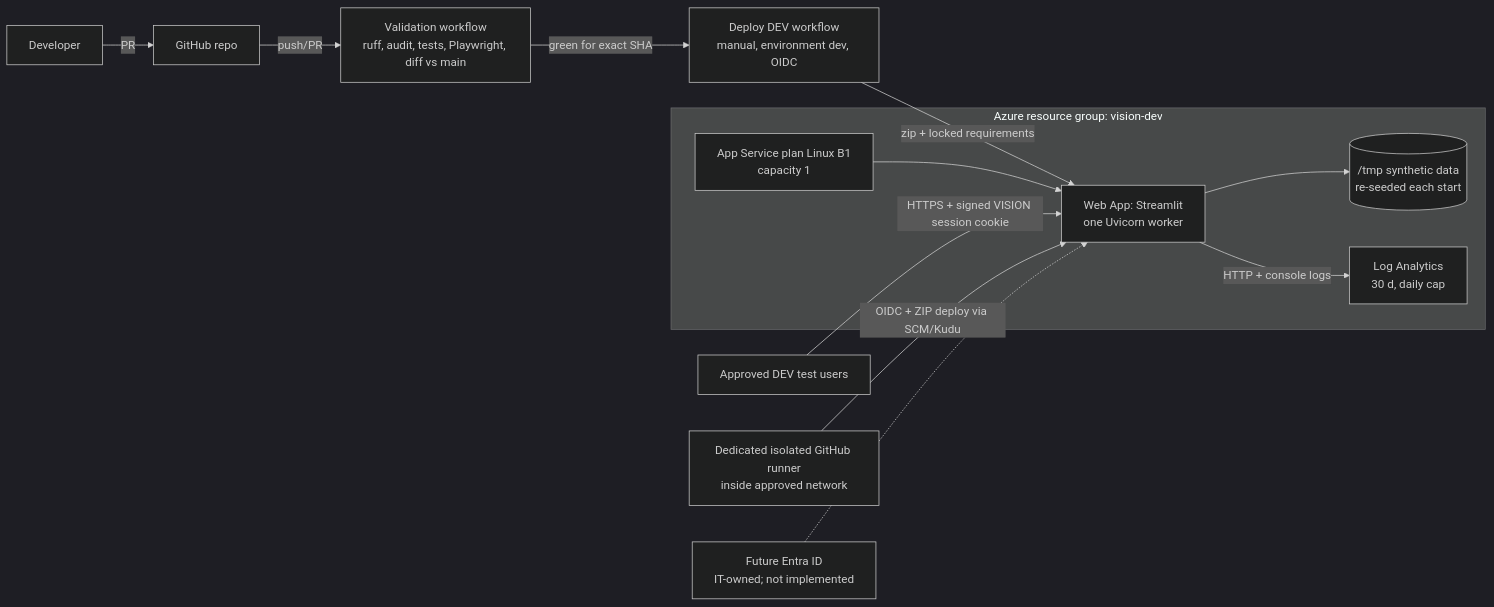
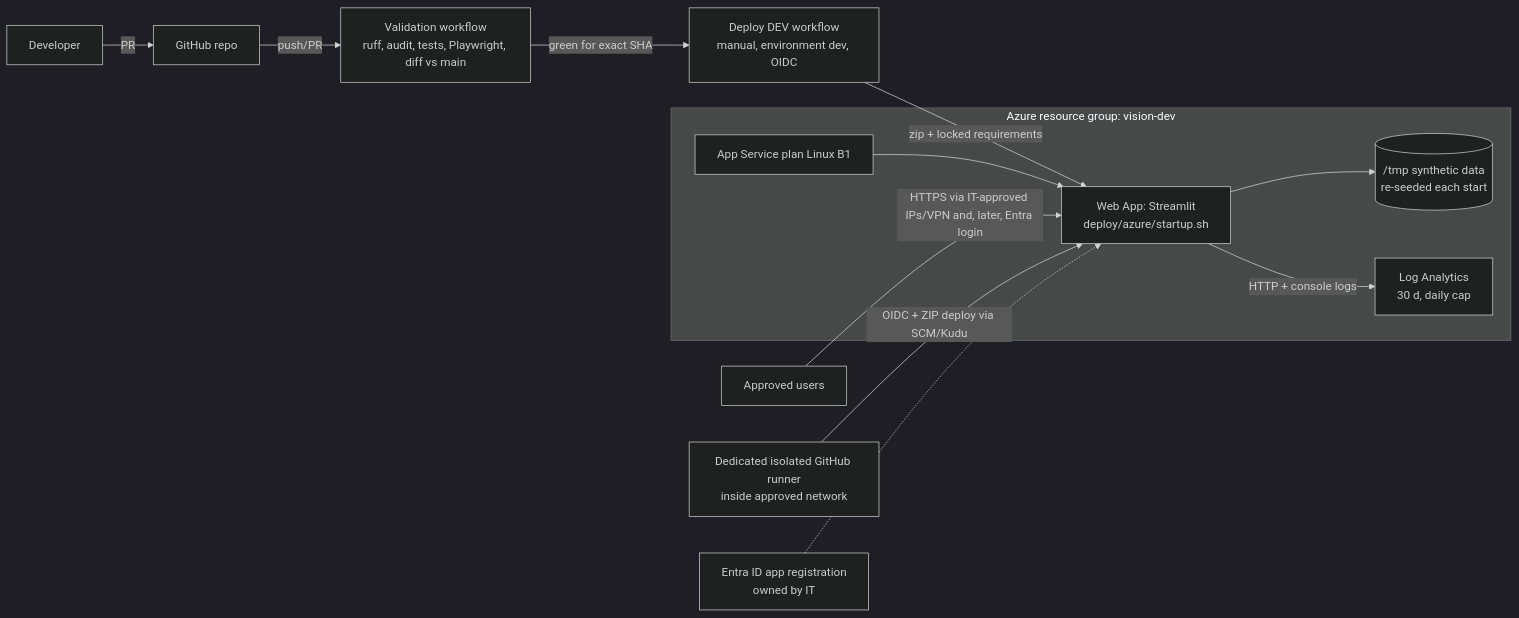
One commit to MarianoStill/VISION changed the diagram in docs/azure_dev_deployment.md. Above: the diagram before and after it, drawn with Mermaid (dark theme). The commit also changed other lines of this file and 22 other files, not shown here.

````diff
--- a/docs/azure_dev_deployment.md
+++ b/docs/azure_dev_deployment.md
@@ -9,15 +10,15 @@
 ```mermaid
 flowchart LR
   dev[Developer] -->|PR| gh[GitHub repo]
   gh -->|push/PR| val[Validation workflow<br/>ruff, audit, tests, Playwright, diff vs main]
   val -->|green for exact SHA| dep[Deploy DEV workflow<br/>manual, environment dev, OIDC]
   dep -->|zip + locked requirements| app
   subgraph rg[Azure resource group: vision-dev]
-    plan[App Service plan Linux B1<br/>capacity 1] --> app[Web App: Streamlit<br/>one Uvicorn worker]
+    plan[App Service plan Linux B1] --> app[Web App: Streamlit<br/>deploy/azure/startup.sh]
     app --> tmp[(/tmp synthetic data<br/>re-seeded each start)]
     app -->|HTTP + console logs| law[Log Analytics<br/>30 d, daily cap]
   end
-  user[Approved DEV test users] -->|HTTPS + signed VISION session cookie| app
+  user[Approved users] -->|HTTPS via IT-approved IPs/VPN and, later, Entra login| app
   runner[Dedicated isolated GitHub runner<br/>inside approved network] -->|OIDC + ZIP deploy via SCM/Kudu| app
-  entra[Future Entra ID<br/>IT-owned; not implemented] -.-> app
+  entra[Entra ID app registration<br/>owned by IT] -.-> app
 ```
````
